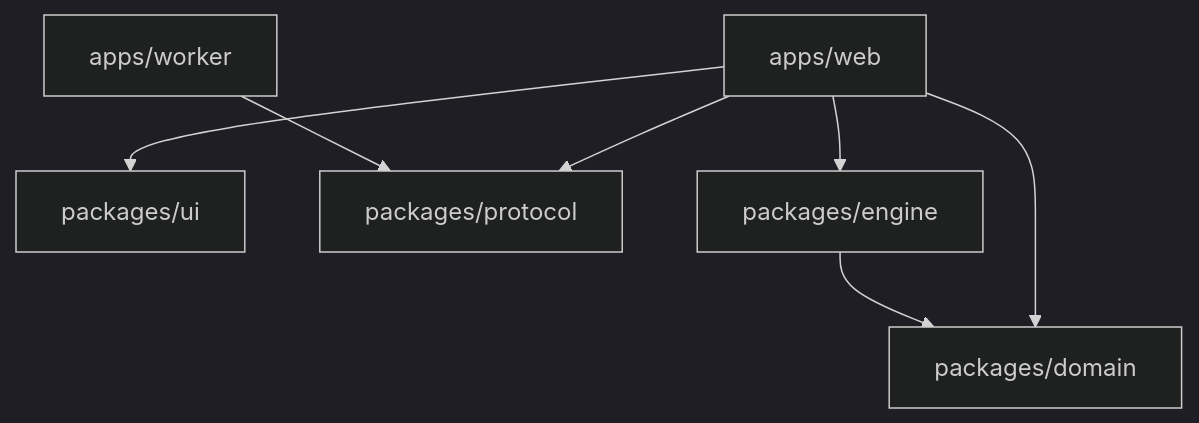
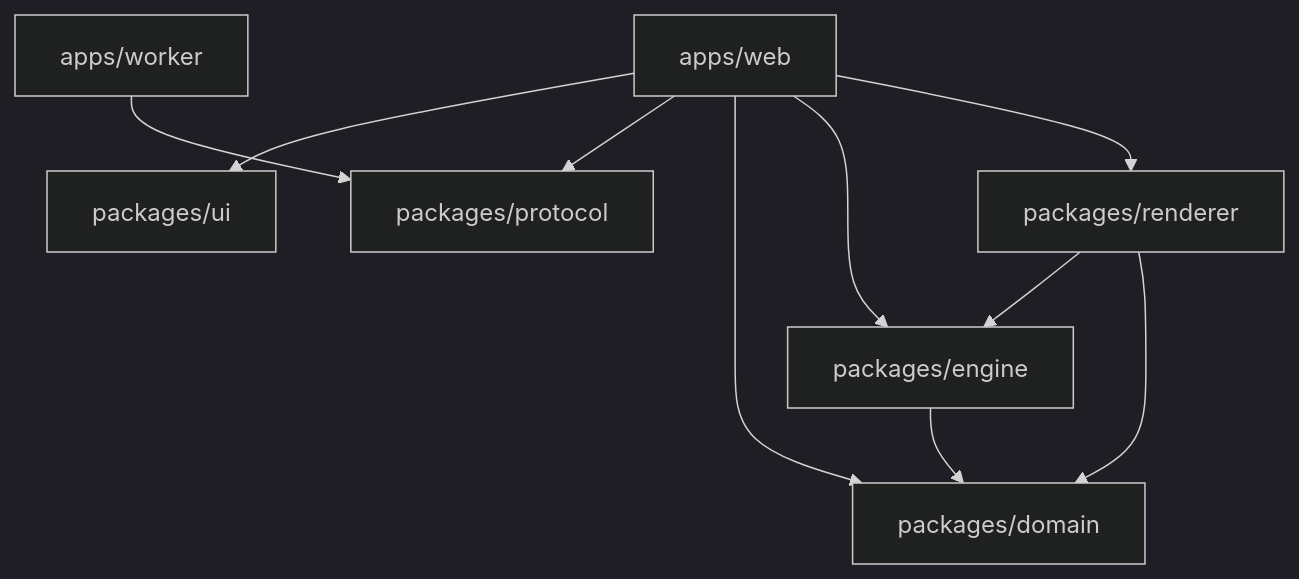
Before and after one commit to kasperyhr/axiom-garden: the second of 5 diagrams in docs/ARCHITECTURE.md, drawn with Mermaid (dark theme). The commit also changed other lines of this file and 50 other files, not shown here.

````diff
--- a/docs/ARCHITECTURE.md
+++ b/docs/ARCHITECTURE.md
@@ -58,9 +64,12 @@
 ```mermaid
 flowchart TD
   Web["apps/web"] --> UI["packages/ui"]
   Web --> Protocol["packages/protocol"]
   Web --> Domain["packages/domain"]
   Web --> Engine["packages/engine"]
+  Web --> Renderer["packages/renderer"]
+  Renderer --> Engine
+  Renderer --> Domain
   Engine --> Domain
   Worker["apps/worker"] --> Protocol
 ```
````
